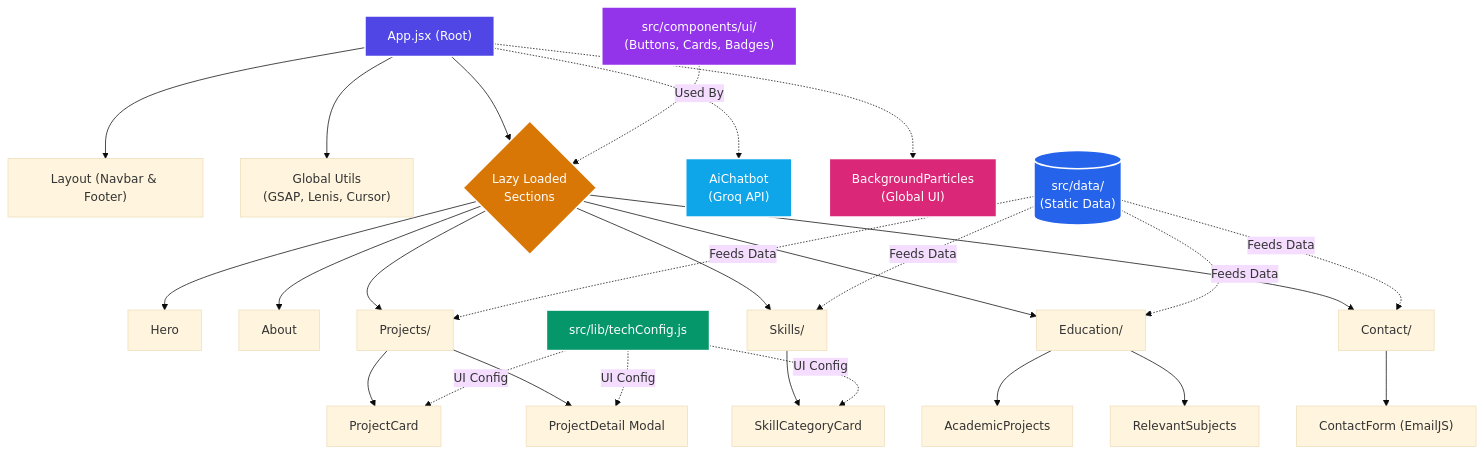
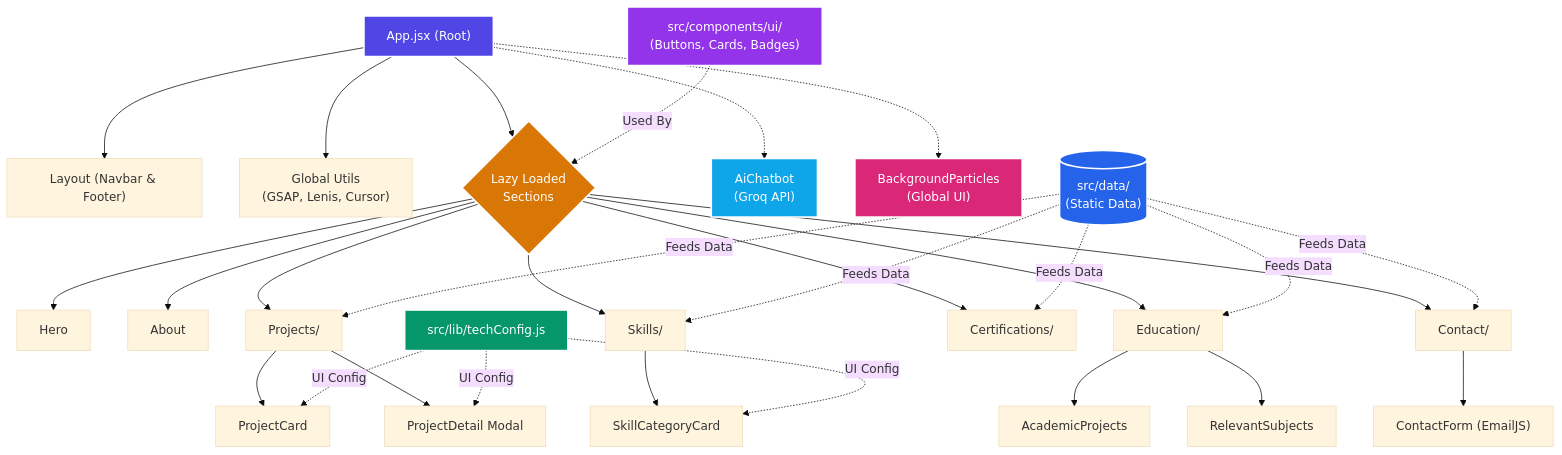
One commit to SiratimMChy/My-Modern-Portfolio changed the diagram in README.md. Above: the diagram before and after it, drawn with Mermaid (base theme). The commit also changed other lines of this file, not shown here.

Commit message:
docs: add Certifications component and data file to architecture diagram

````diff
--- a/README.md
+++ b/README.md
@@ -115,47 +118,49 @@
 ```mermaid
 graph TD
     %% Global & Layout
     A["App.jsx (Root)"] --> Layout["Layout (Navbar & Footer)"]
     A --> Utils["Global Utils<br/>(GSAP, Lenis, Cursor)"]
     A --> Sections{"Lazy Loaded<br/>Sections"}
     A -.-> AI["AiChatbot<br/>(Groq API)"]
     A -.-> BG["BackgroundParticles<br/>(Global UI)"]
     
     %% Sections
     Sections --> Hero["Hero"]
     Sections --> About["About"]
     Sections --> Projects["Projects/"]
     Sections --> Skills["Skills/"]
     Sections --> Education["Education/"]
+    Sections --> Certifications["Certifications/"]
     Sections --> Contact["Contact/"]
     
     %% Sub-components
     Projects --> PC["ProjectCard"]
     Projects --> PD["ProjectDetail Modal"]
     Skills --> SC["SkillCategoryCard"]
     Education --> AP["AcademicProjects"]
     Education --> RS["RelevantSubjects"]
     Contact --> CF["ContactForm (EmailJS)"]
     
     %% Data & Config
     Data[("src/data/<br/>(Static Data)")] -. "Feeds Data" .-> Projects
     Data -. "Feeds Data" .-> Skills
     Data -. "Feeds Data" .-> Education
+    Data -. "Feeds Data" .-> Certifications
     Data -. "Feeds Data" .-> Contact
     
     Config["src/lib/techConfig.js"] -. "UI Config" .-> PC
     Config -. "UI Config" .-> PD
     Config -. "UI Config" .-> SC
     
     %% Shared UI
     UI["src/components/ui/<br/>(Buttons, Cards, Badges)"] -. "Used By" .-> Sections
     
     %% Styling
     style A fill:#4F46E5,stroke:#fff,stroke-width:2px,color:#fff
     style Sections fill:#D97706,stroke:#fff,stroke-width:2px,color:#fff
     style Data fill:#2563EB,stroke:#fff,stroke-width:2px,color:#fff
     style Config fill:#059669,stroke:#fff,stroke-width:2px,color:#fff
     style UI fill:#9333EA,stroke:#fff,stroke-width:2px,color:#fff
     style AI fill:#0EA5E9,stroke:#fff,stroke-width:2px,color:#fff
     style BG fill:#db2777,stroke:#fff,stroke-width:2px,color:#fff
 ```
````
